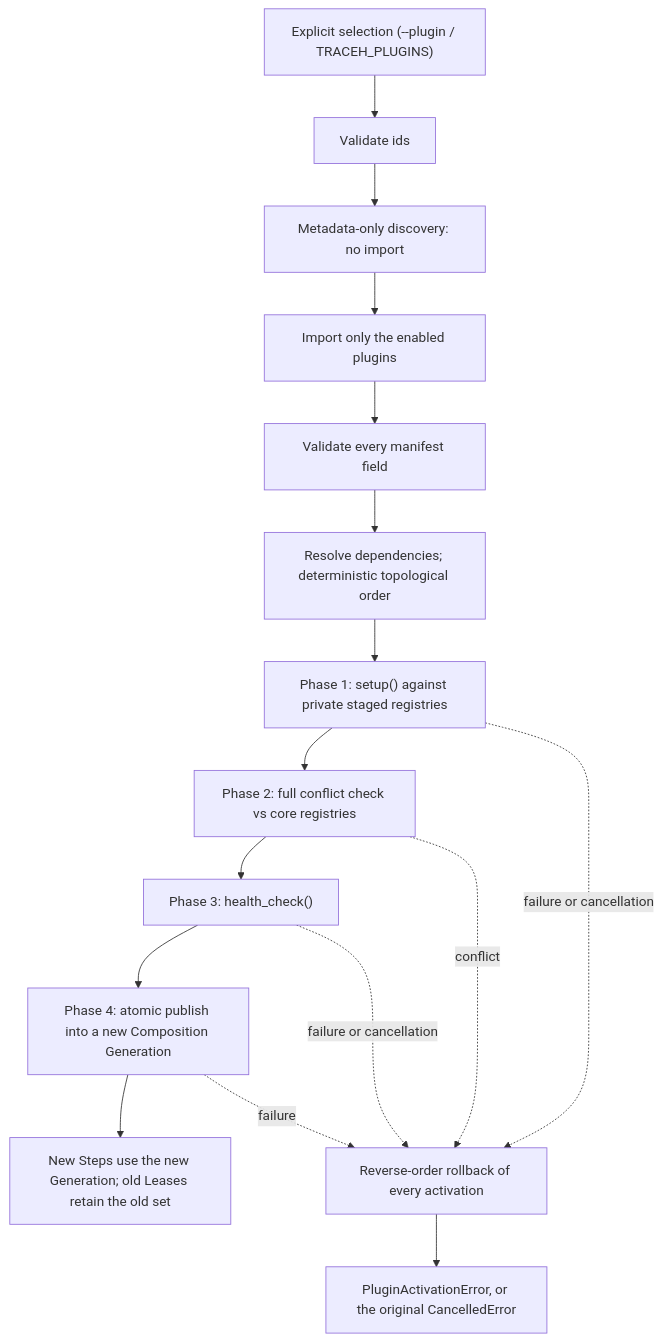
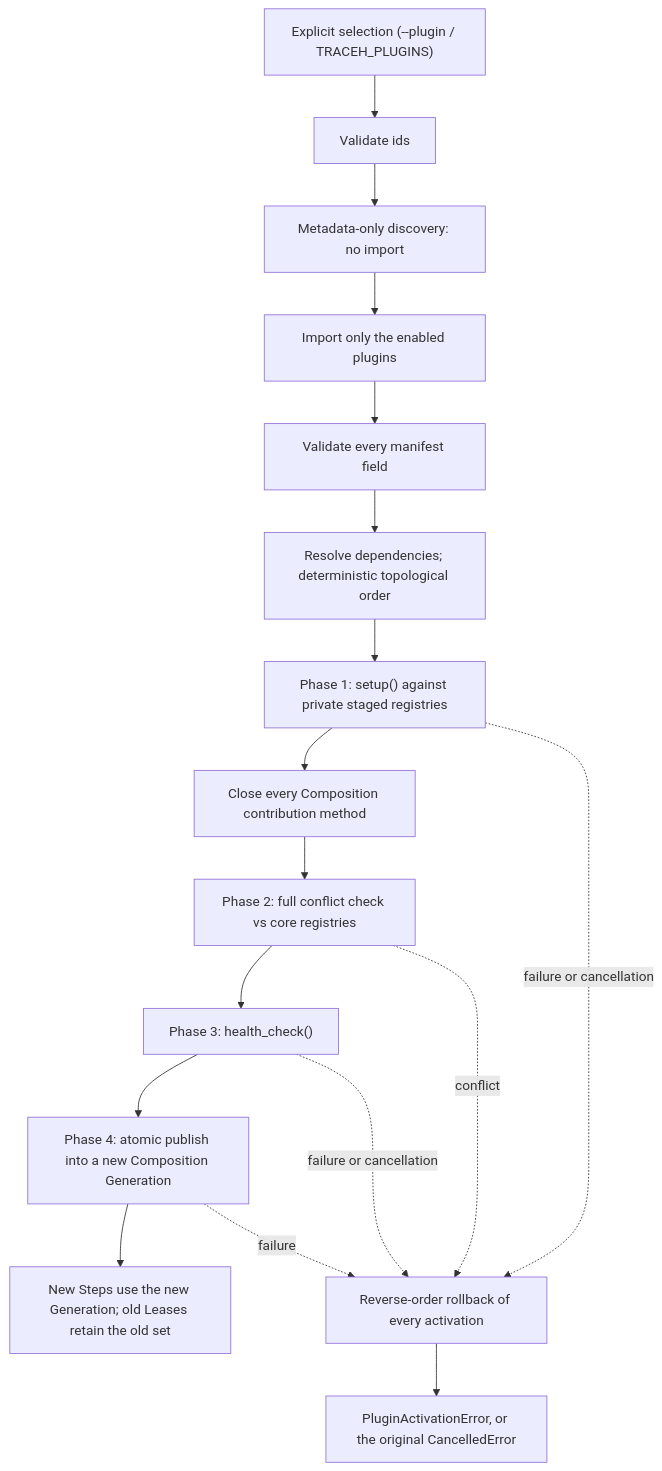
The diagram in docs/plugins.md (uboyme/traceHarness), drawn with Mermaid before and after one commit. The commit also changed other lines of this file and 24 other files, not shown here.

````diff
--- a/docs/plugins.md
+++ b/docs/plugins.md
@@ -147,18 +171,19 @@
 ```mermaid
 flowchart TD
     SEL["Explicit selection (--plugin / TRACEH_PLUGINS)"] --> VAL["Validate ids"]
     VAL --> DISC["Metadata-only discovery: no import"]
     DISC --> LOAD["Import only the enabled plugins"]
     LOAD --> MAN["Validate every manifest field"]
     MAN --> DEP["Resolve dependencies; deterministic topological order"]
     DEP --> SETUP["Phase 1: setup() against private staged registries"]
-    SETUP --> CONF["Phase 2: full conflict check vs core registries"]
+    SETUP --> FREEZE["Close every Composition contribution method"]
+    FREEZE --> CONF["Phase 2: full conflict check vs core registries"]
     CONF --> HEALTH["Phase 3: health_check()"]
     HEALTH --> PUB["Phase 4: atomic publish into a new Composition Generation"]
     PUB --> RUN["New Steps use the new Generation; old Leases retain the old set"]
     SETUP -. "failure or cancellation" .-> RB["Reverse-order rollback of every activation"]
     CONF -. "conflict" .-> RB
     HEALTH -. "failure or cancellation" .-> RB
     PUB -. "failure" .-> RB
     RB --> RAISE["PluginActivationError, or the original CancelledError"]
 ```
````
